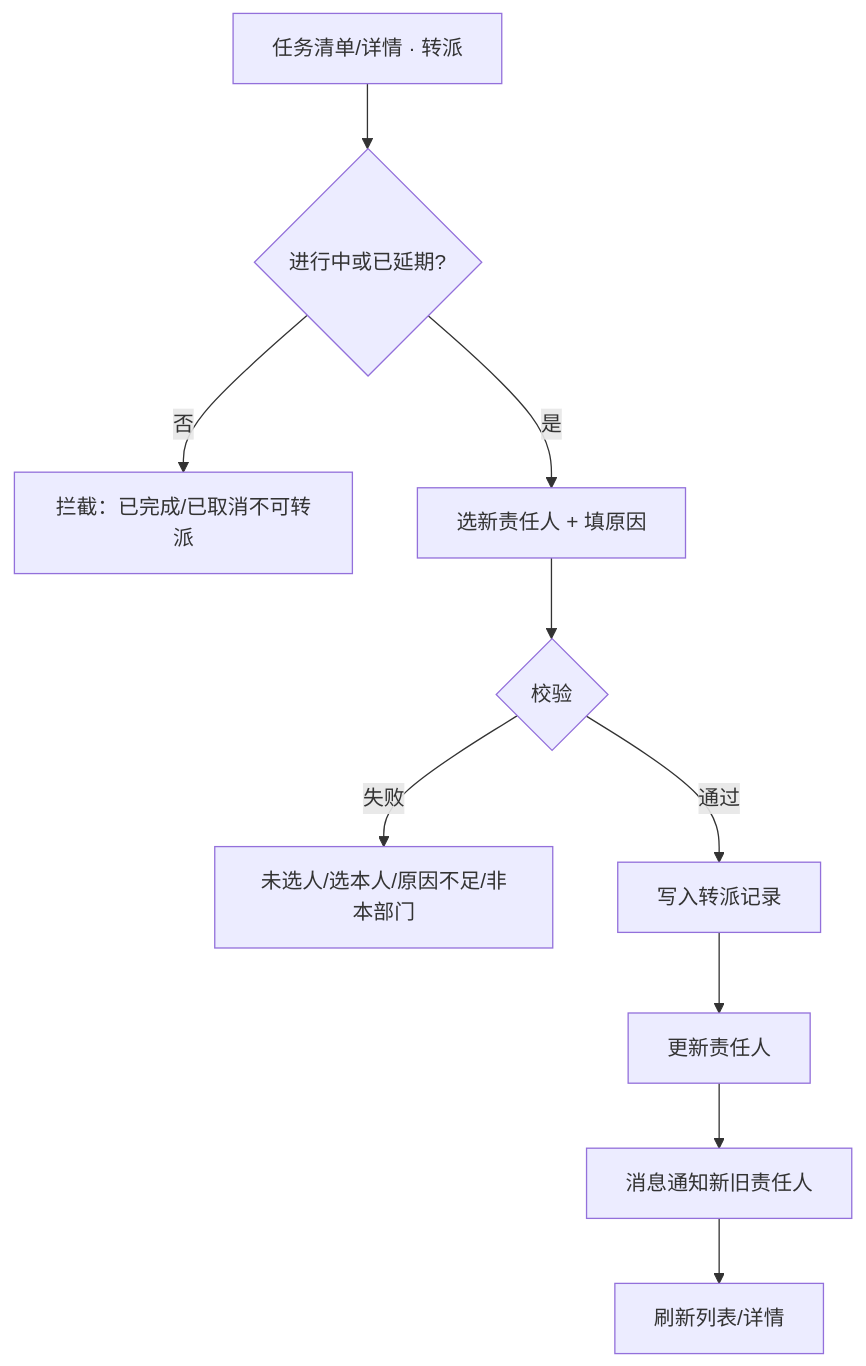
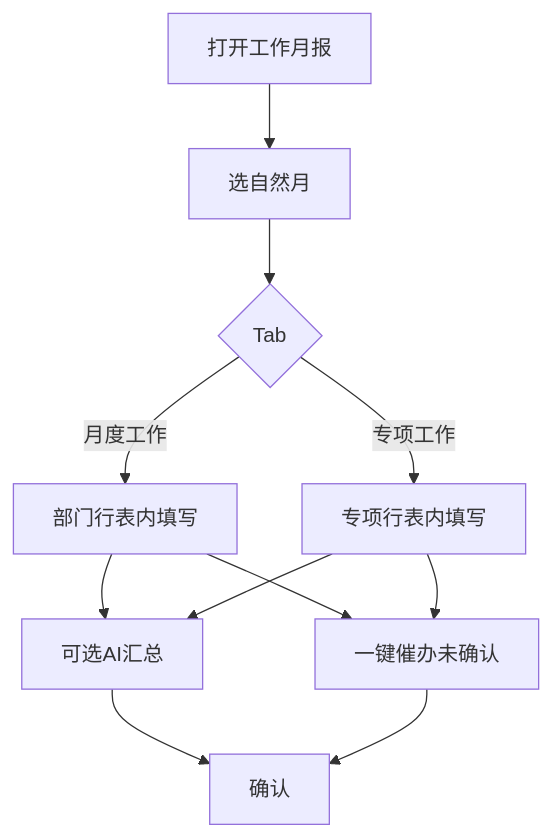
Before and after one commit to liaoliao66/BMS: the seventh of 8 diagrams in docs/versions/v1.0.0/prd.md, drawn with Mermaid. The commit also changed other lines of this file and 100 other files, not shown here.

````diff
--- a/docs/versions/v1.0.0/prd.md
+++ b/docs/versions/v1.0.0/prd.md
@@ -604,12 +740,13 @@
 ```mermaid
 flowchart TD
-  A["任务清单/详情 · 转派"] --> B{进行中或已延期?}
-  B -->|否| X["拦截：已完成/已取消不可转派"]
-  B -->|是| C[选新责任人 + 填原因]
-  C --> D{校验}
-  D -->|失败| E["未选人/选本人/原因不足/非本部门"]
-  D -->|通过| F[写入转派记录]
-  F --> G[更新责任人]
-  G --> H[消息通知新旧责任人]
-  H --> I[刷新列表/详情]
+  A[打开工作月报] --> B[选自然月]
+  B --> C{Tab}
+  C -->|月度工作| D[部门行表内填写]
+  C -->|专项工作| E[专项行表内填写]
+  D --> F[可选AI汇总]
+  E --> F
+  F --> G[确认]
+  D --> H[一键催办未确认]
+  E --> H
+  H --> G
 ```
````
